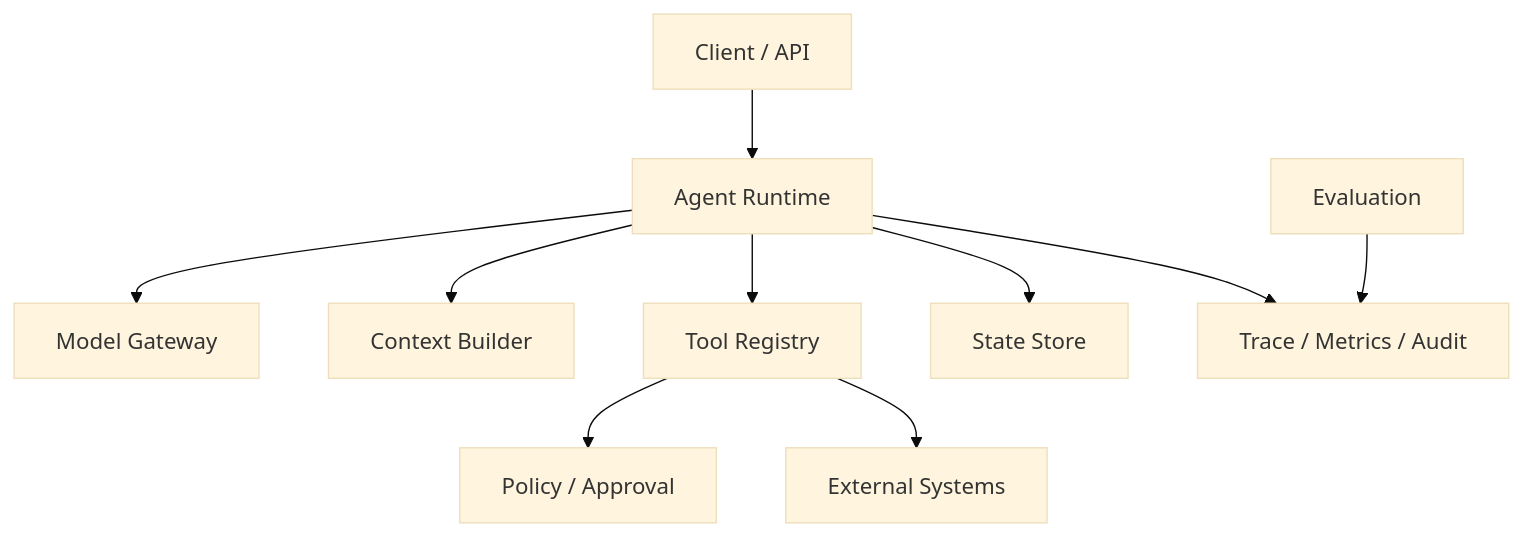
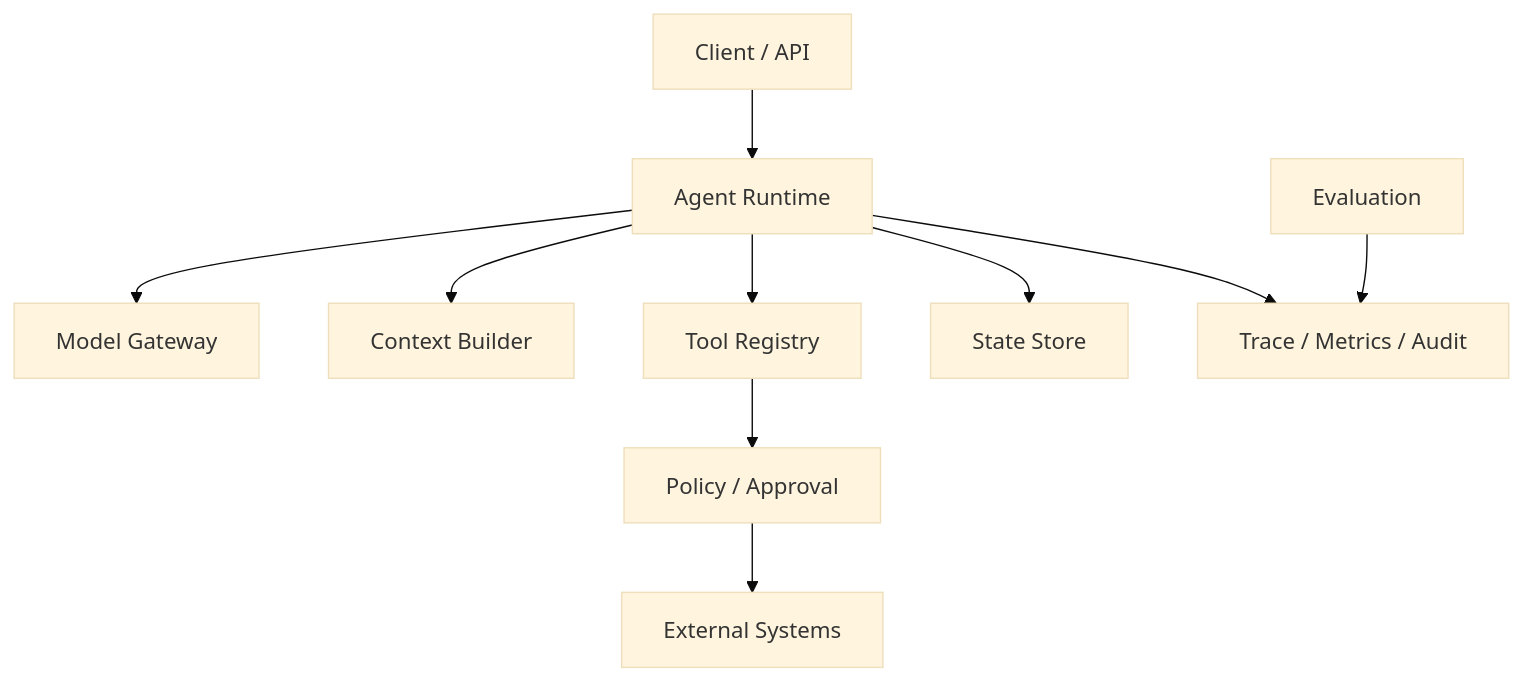
One commit to yuyangjian-ai/ai-agent-learning-vault changed the diagram in 03-工程实践/Agent 系统架构.md. Above: the diagram before and after it, drawn with Mermaid (base theme). The commit also changed other lines of this file and 62 other files, not shown here.

````diff
--- a/03-工程实践/Agent 系统架构.md
+++ b/03-工程实践/Agent 系统架构.md
@@ -10,12 +10,12 @@
 ```mermaid
 flowchart TB
     Client["Client / API"] --> Runtime["Agent Runtime"]
     Runtime --> Model["Model Gateway"]
     Runtime --> Context["Context Builder"]
     Runtime --> Registry["Tool Registry"]
     Runtime --> State["State Store"]
     Registry --> Policy["Policy / Approval"]
-    Registry --> Systems["External Systems"]
+    Policy --> Systems["External Systems"]
     Runtime --> Trace["Trace / Metrics / Audit"]
     Eval["Evaluation"] --> Trace
 ```
````
